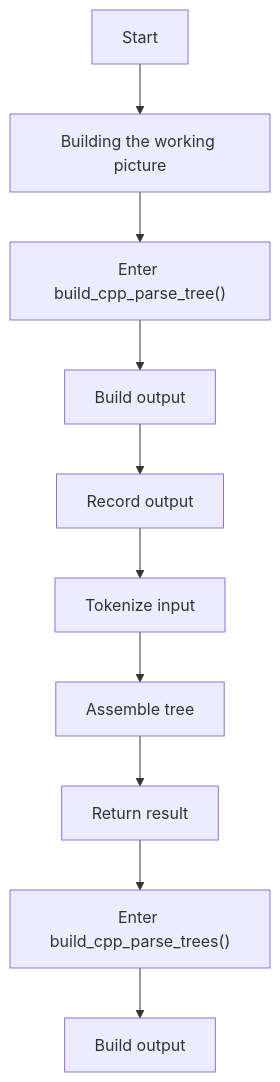
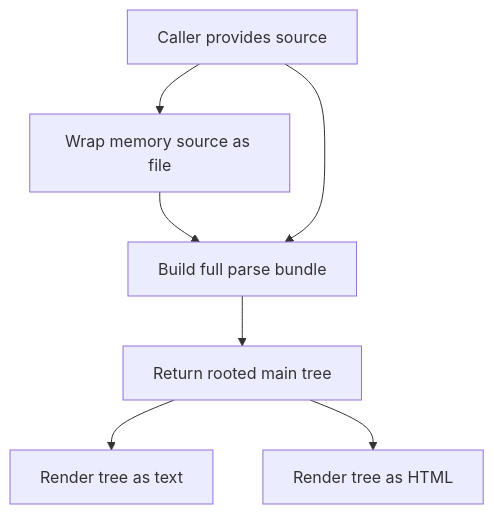
Before and after one commit to JohnAndrewBalbarosa/NeoTerritory: the first of 9 diagrams in docs/Codebase/Microservice/Modules/Source/Trees/ClassGeneration/Actual/core.cpp.md, drawn with Mermaid. The commit also changed other lines of this file and 915 other files, not shown here.

````diff
--- a/docs/Codebase/Microservice/Modules/Source/Trees/ClassGeneration/Actual/core.cpp.md
+++ b/docs/Codebase/Microservice/Modules/Source/Trees/ClassGeneration/Actual/core.cpp.md
@@ -39,22 +18,13 @@
 ```mermaid
 flowchart TD
-    N0["Start"]
-    N1["Building the working picture"]
-    N2["Enter build_cpp_parse_tree()"]
-    N3["Build output"]
-    N4["Record output"]
-    N5["Tokenize input"]
-    N6["Assemble tree"]
-    N7["Return result"]
-    N8["Enter build_cpp_parse_trees()"]
-    N9["Build output"]
-    N0 --> N1
-    N1 --> N2
-    N2 --> N3
+    N0["Caller provides source"]
+    N1["Wrap memory source as file"]
+    N2["Build full parse bundle"]
+    N3["Return rooted main tree"]
+    N4["Render tree as text"]
+    N5["Render tree as HTML"]
+    N0 --> N1 --> N2 --> N3
+    N0 --> N2
     N3 --> N4
-    N4 --> N5
-    N5 --> N6
-    N6 --> N7
-    N7 --> N8
-    N8 --> N9
+    N3 --> N5
 ```
````
